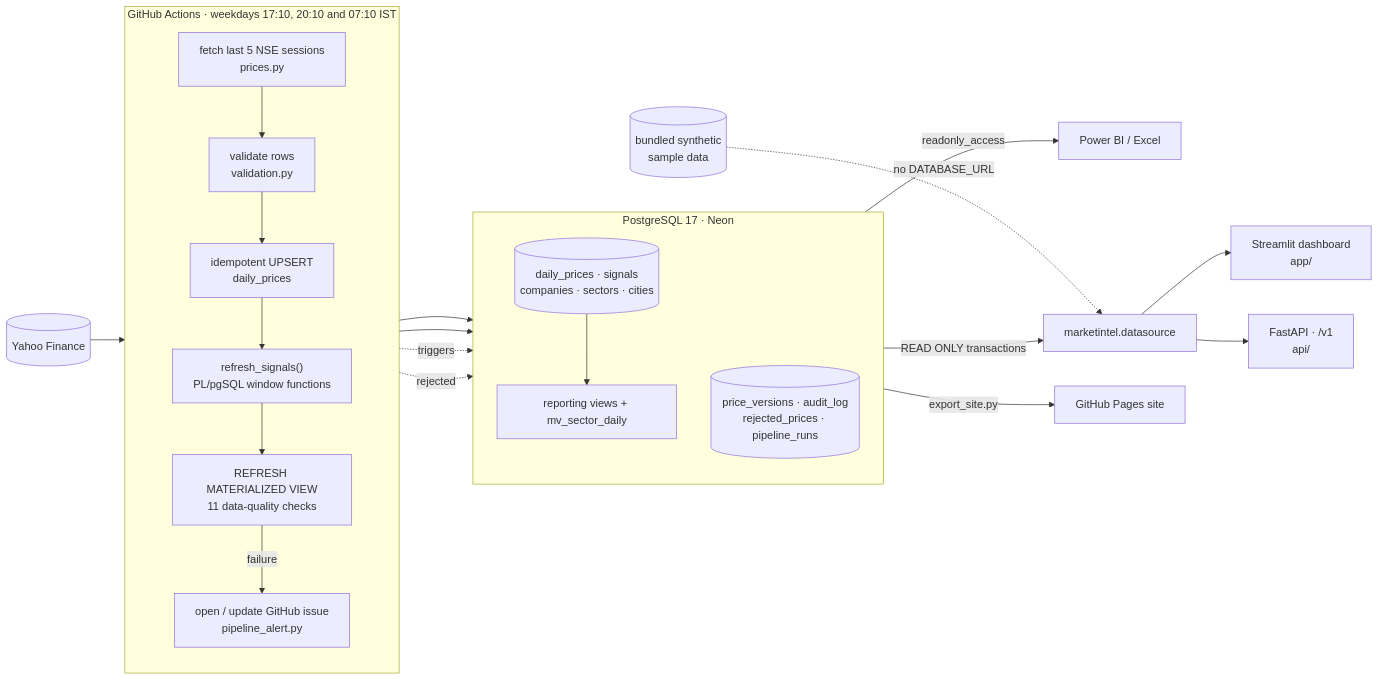
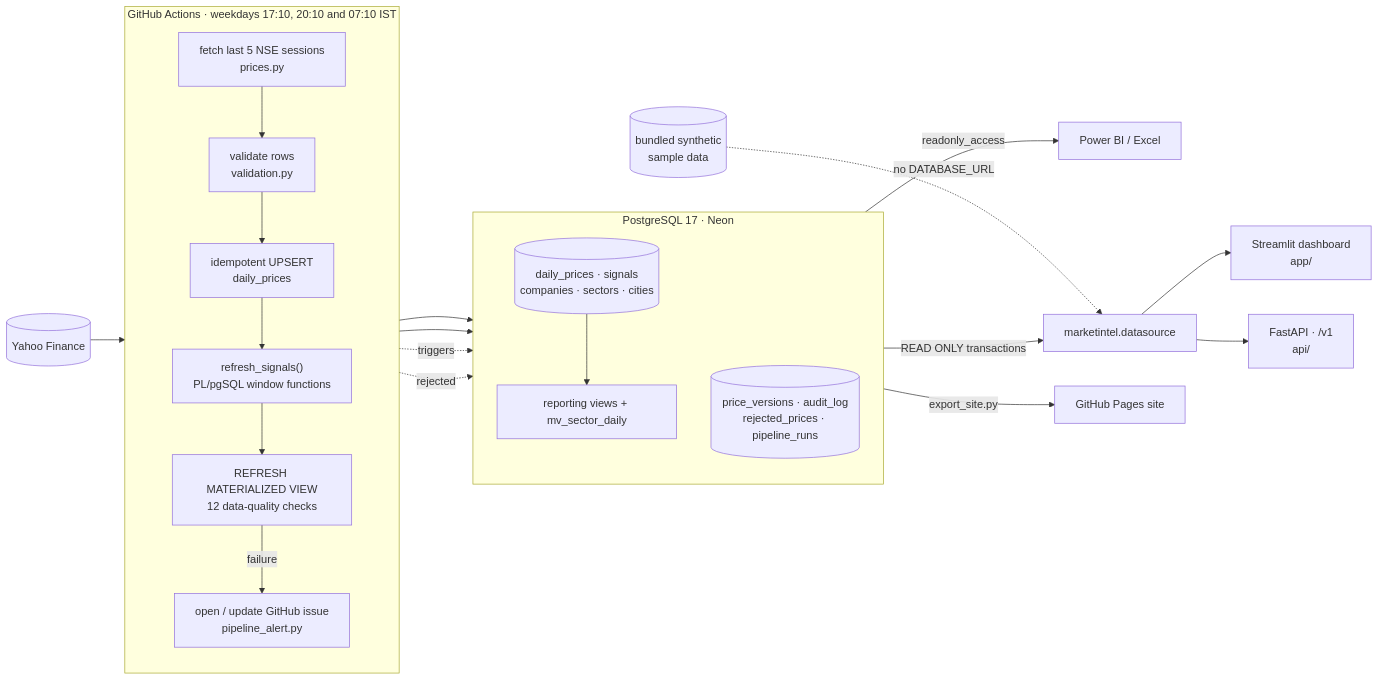
One commit to Bhavex/market-intelligence-pg changed the first of 2 diagrams in README.md. Above: the diagram before and after it, drawn with Mermaid. The commit also changed other lines of this file and 7 other files, not shown here.

````diff
--- a/README.md
+++ b/README.md
@@ -53,33 +64,33 @@
 ```mermaid
 flowchart LR
     Y[(Yahoo Finance)] --> F
 
     subgraph ACT["GitHub Actions · weekdays 17:10, 20:10 and 07:10 IST"]
         direction TB
         F["fetch last 5 NSE sessions<br/>prices.py"] --> V["validate rows<br/>validation.py"]
         V --> U["idempotent UPSERT<br/>daily_prices"]
         U --> R["refresh_signals()<br/>PL/pgSQL window functions"]
-        R --> Q["REFRESH MATERIALIZED VIEW<br/>11 data-quality checks"]
+        R --> Q["REFRESH MATERIALIZED VIEW<br/>12 data-quality checks"]
         Q -->|failure| AL["open / update GitHub issue<br/>pipeline_alert.py"]
     end
 
     subgraph PG["PostgreSQL 17 · Neon"]
         direction TB
         T1[("daily_prices · signals<br/>companies · sectors · cities")]
         T2[("price_versions · audit_log<br/>rejected_prices · pipeline_runs")]
         VW["reporting views + mv_sector_daily"]
         T1 --> VW
     end
 
     U --> T1
     R --> T1
     U -. triggers .-> T2
     V -. rejected .-> T2
 
     VW -->|readonly_access| PBI["Power BI / Excel"]
     VW -->|READ ONLY transactions| DS["marketintel.datasource"]
     DS --> ST["Streamlit dashboard<br/>app/"]
     DS --> API["FastAPI · /v1<br/>api/"]
     DEMO[("bundled synthetic<br/>sample data")] -. no DATABASE_URL .-> DS
     VW -->|export_site.py| WEB["GitHub Pages site"]
 ```
````
